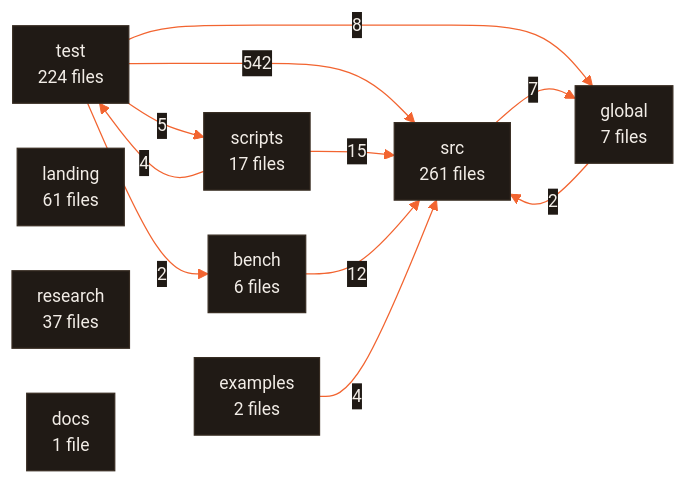
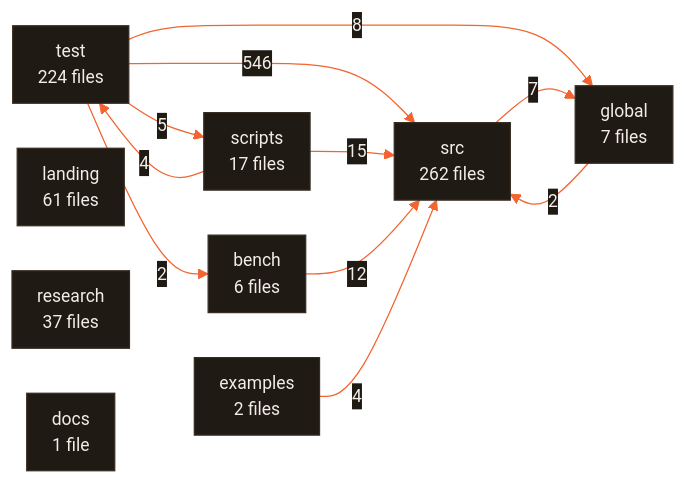
The diagram in ARCHITECTURE.md (CodeWithJuber/forgekit), drawn with Mermaid before and after one commit. The commit also changed 1 other file, not shown here.

Commit message:
Refresh generated instructions for authenticated memory

````diff
--- a/ARCHITECTURE.md
+++ b/ARCHITECTURE.md
@@ -677,23 +677,23 @@
 ```mermaid
 %%{init: {'theme':'base','themeVariables':{'primaryColor':'#201a15','primaryTextColor':'#f2ede7','primaryBorderColor':'#372c22','lineColor':'#f26430','secondaryColor':'#272019','tertiaryColor':'#171310','edgeLabelBackground':'#201a15','clusterBkg':'#171310','clusterBorder':'#4a3b2e','fontFamily':'ui-sans-serif, system-ui, sans-serif','fontSize':'14px'},'flowchart':{'curve':'basis','padding':10,'nodeSpacing':36,'rankSpacing':44}}}%%
 flowchart LR
-  src["src<br/>261 files"]
+  src["src<br/>262 files"]
   test["test<br/>224 files"]
   landing["landing<br/>61 files"]
   research["research<br/>37 files"]
   scripts["scripts<br/>17 files"]
   global["global<br/>7 files"]
   bench["bench<br/>6 files"]
   examples["examples<br/>2 files"]
   docs["docs<br/>1 file"]
-  test -- 542 --> src
+  test -- 546 --> src
   scripts -- 15 --> src
   bench -- 12 --> src
   test -- 8 --> global
   src -- 7 --> global
   test -- 5 --> scripts
   examples -- 4 --> src
   scripts -- 4 --> test
   global -- 2 --> src
   test -- 2 --> bench
 ```
````
